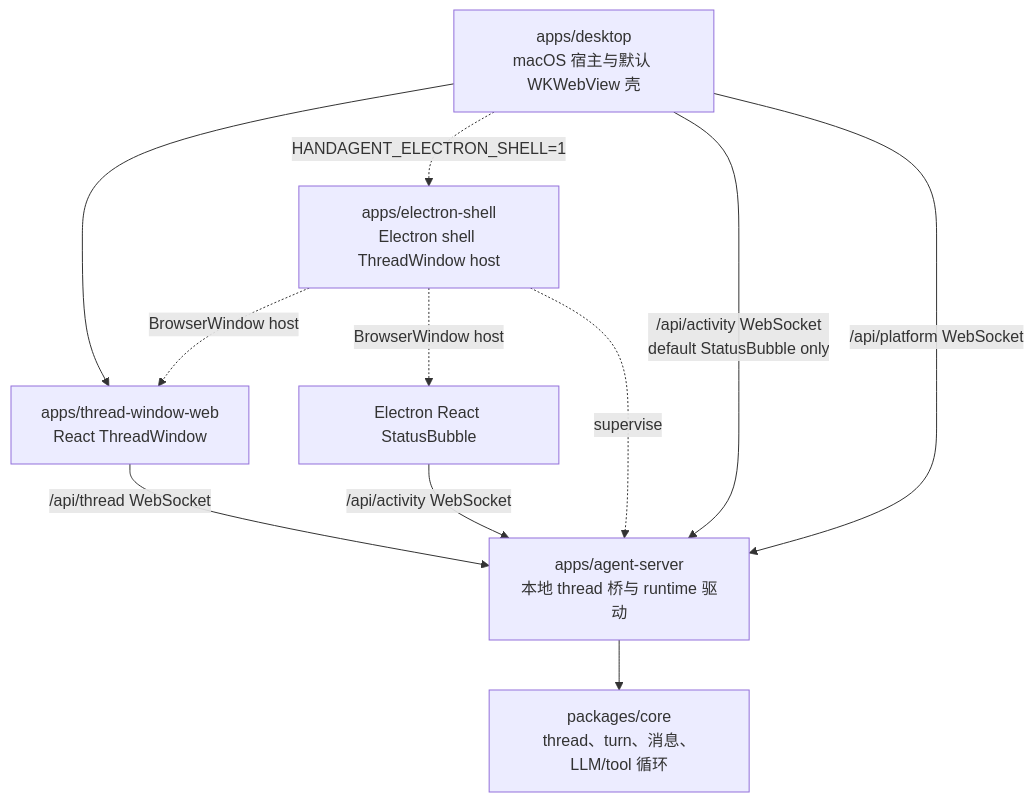
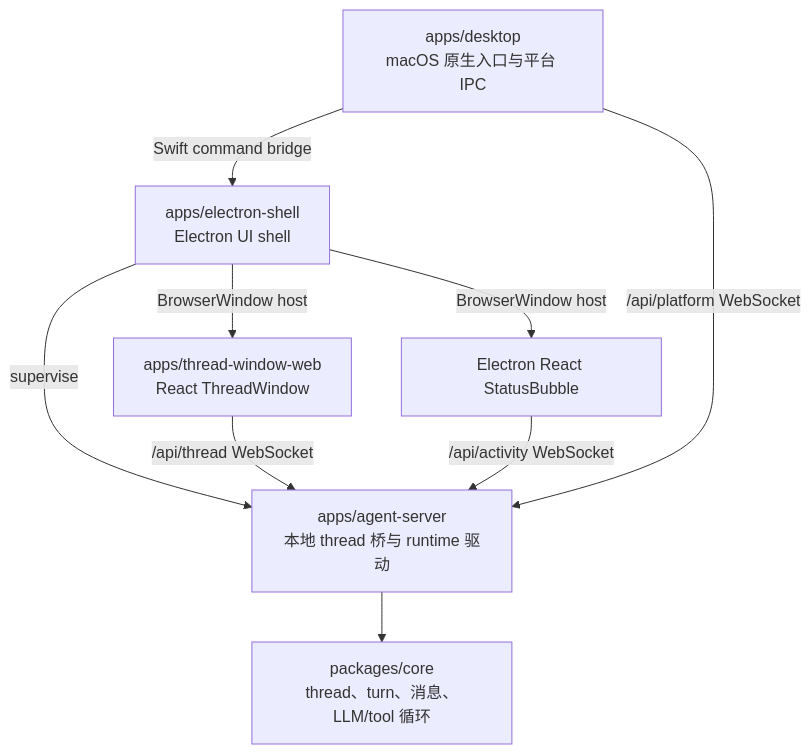
The first of 2 diagrams in handAgent.md (Lixuhang987/SpotAgent), drawn with Mermaid before and after one commit. The commit also changed other lines of this file and 51 other files, not shown here.

Commit message:
refactor: make desktop electron ui shell only

````diff
--- a/handAgent.md
+++ b/handAgent.md
@@ -22,13 +22,11 @@
 ```mermaid
 flowchart TD
-  A[apps/desktop<br/>macOS 宿主与默认 WKWebView 壳] --> W[apps/thread-window-web<br/>React ThreadWindow]
-  A -. HANDAGENT_ELECTRON_SHELL=1 .-> E[apps/electron-shell<br/>Electron shell ThreadWindow host]
-  E -. BrowserWindow host .-> W
-  E -. BrowserWindow host .-> AUI[Electron React StatusBubble]
-  E -. supervise .-> B
-  W -->|/api/thread WebSocket| B[apps/agent-server<br/>本地 thread 桥与 runtime 驱动]
-  AUI -->|/api/activity WebSocket| B
-  A -->|/api/activity WebSocket<br/>default StatusBubble only| B
+  A[apps/desktop<br/>macOS 原生入口与平台 IPC] -->|Swift command bridge| E[apps/electron-shell<br/>Electron UI shell]
+  E -->|BrowserWindow host| W[apps/thread-window-web<br/>React ThreadWindow]
+  E -->|BrowserWindow host| S[Electron React StatusBubble]
+  E -->|supervise| B[apps/agent-server<br/>本地 thread 桥与 runtime 驱动]
+  W -->|/api/thread WebSocket| B
+  S -->|/api/activity WebSocket| B
   A -->|/api/platform WebSocket| B
   B --> C[packages/core<br/>thread、turn、消息、LLM/tool 循环]
 ```
````
